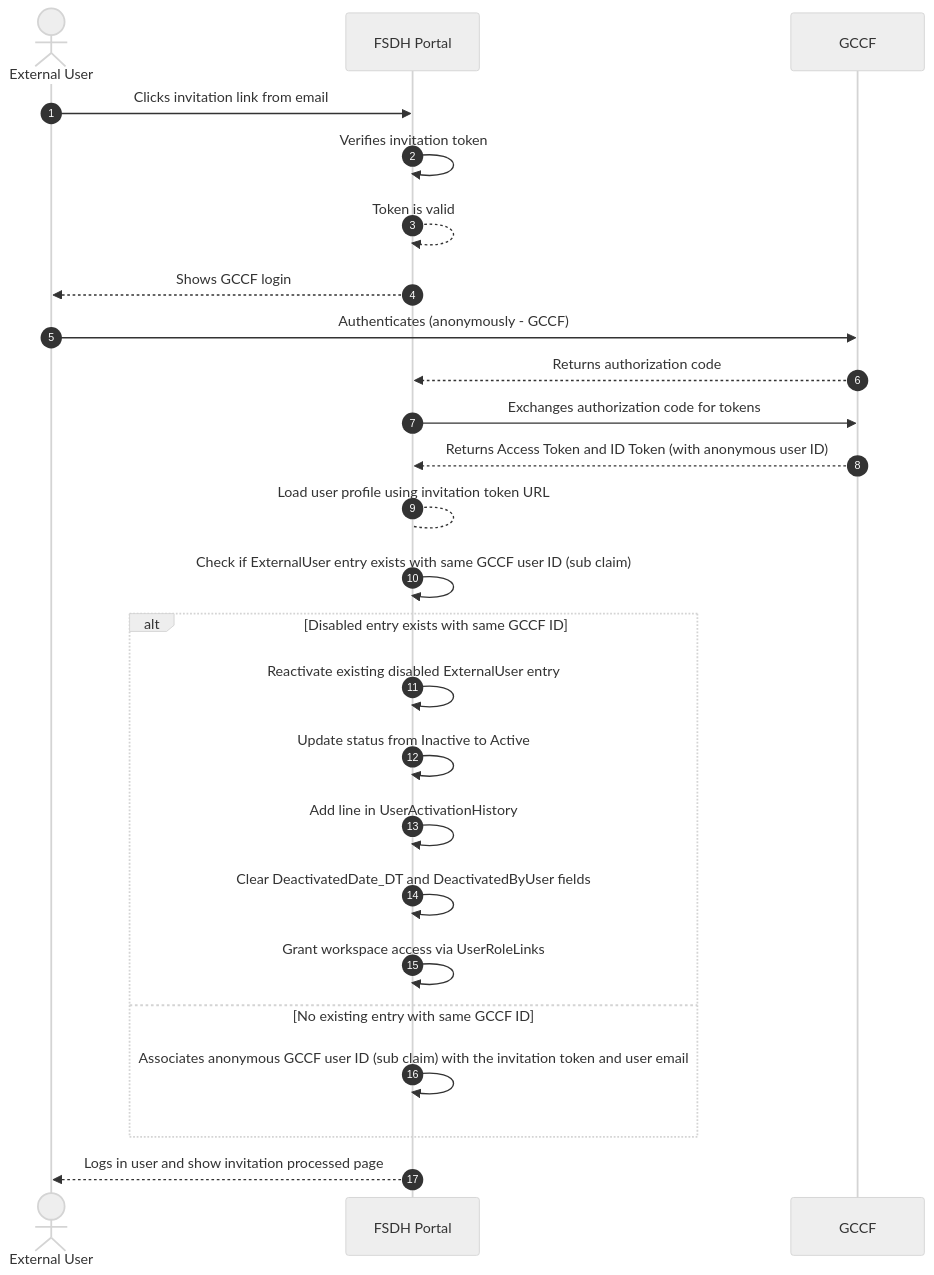
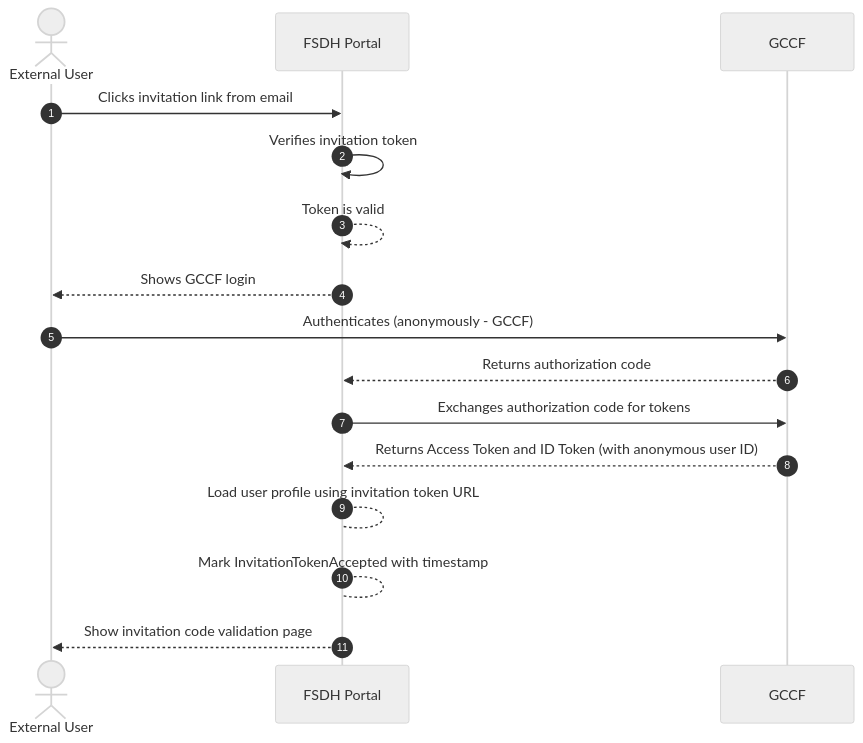
Before and after one commit to ssc-sp/datahub-docs: the sixth of 12 diagrams in DeveloperGuide/GCCF/AuthenticationFlows.md, drawn with Mermaid (neutral theme). The commit also changed other lines of this file and 2 other files, not shown here.

Commit message:
updated authentication with db fields and new rbac doc

````diff
--- a/DeveloperGuide/GCCF/AuthenticationFlows.md
+++ b/DeveloperGuide/GCCF/AuthenticationFlows.md
@@ -171,28 +184,19 @@
 ```mermaid
 sequenceDiagram
     actor User as External User
     participant FSDH as FSDH Portal
     participant GCCF as GCCF
 
     autonumber
     User->>FSDH: Clicks invitation link from email
     FSDH->>FSDH: Verifies invitation token
     FSDH-->>FSDH: Token is valid
     FSDH-->>User: Shows GCCF login
     User->>GCCF: Authenticates (anonymously - GCCF)
     GCCF-->>FSDH: Returns authorization code
     FSDH->>GCCF: Exchanges authorization code for tokens
     GCCF-->>FSDH: Returns Access Token and ID Token (with anonymous user ID)
     FSDH-->FSDH: Load user profile using invitation token URL
-    FSDH->>FSDH: Check if ExternalUser entry exists with same GCCF user ID (sub claim)
-    alt Disabled entry exists with same GCCF ID
-        FSDH->>FSDH: Reactivate existing disabled ExternalUser entry
-        FSDH->>FSDH: Update status from Inactive to Active
-        FSDH->>FSDH: Add line in UserActivationHistory
-        FSDH->>FSDH: Clear DeactivatedDate_DT and DeactivatedByUser fields
-        FSDH->>FSDH: Grant workspace access via UserRoleLinks
-    else No existing entry with same GCCF ID
-        FSDH->>FSDH: Associates anonymous GCCF user ID (sub claim) with the invitation token and user email
-    end
-    FSDH-->>User: Logs in user and show invitation processed page    
+    FSDH-->FSDH: Mark InvitationTokenAccepted with timestamp
+    FSDH-->>User: Show invitation code validation page    
 ```
````
